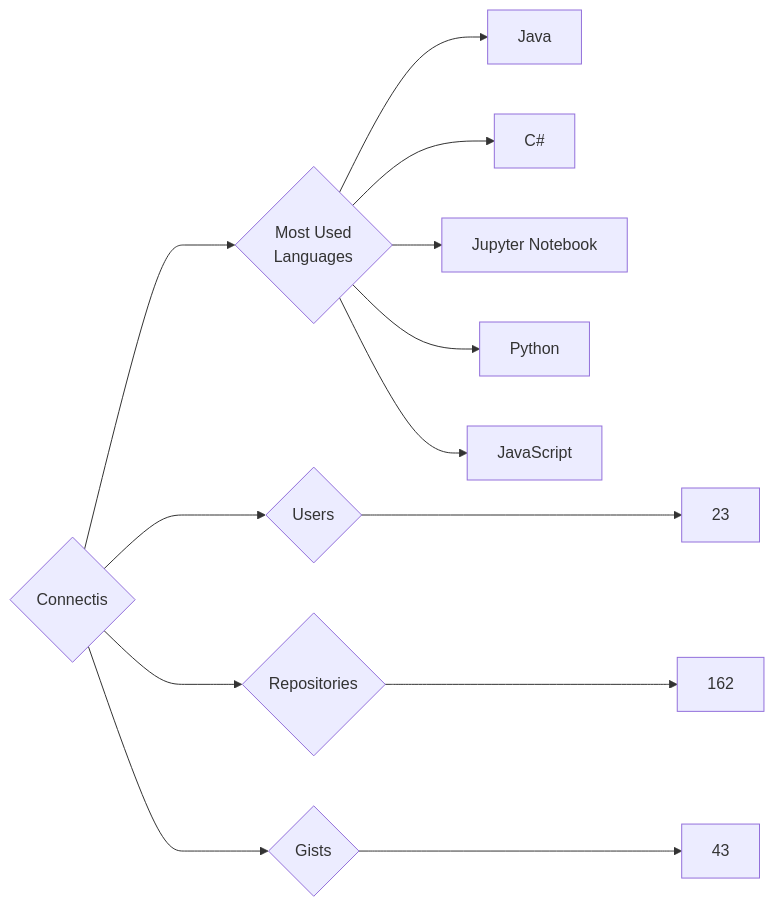
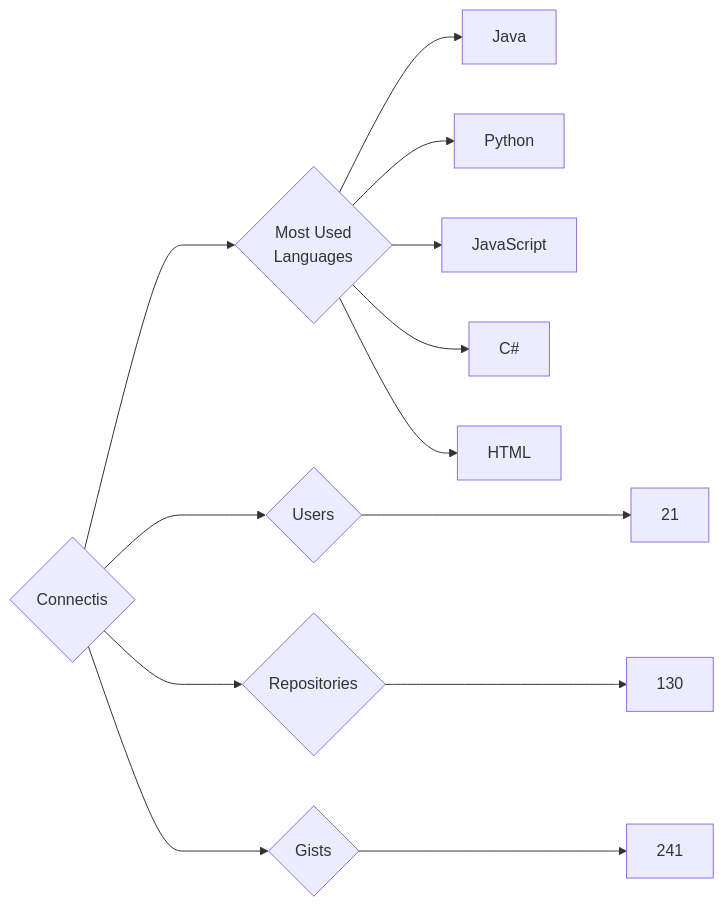
The diagram in targets/Connectis/README.md (trickest/insiders), drawn with Mermaid before and after one commit. The commit also changed 610 other files, not shown here.

````diff
--- a/targets/Connectis/README.md
+++ b/targets/Connectis/README.md
@@ -3,13 +3,13 @@
 ```mermaid
 graph LR
 COMPANY_NAME{Connectis}
-COMPANY_NAME ---> U{Users} ---> UN[23]
-COMPANY_NAME ---> R{Repositories} ---> RN[162]
-COMPANY_NAME ---> G{Gists} ---> GN[43]
+COMPANY_NAME ---> U{Users} ---> UN[21]
+COMPANY_NAME ---> R{Repositories} ---> RN[130]
+COMPANY_NAME ---> G{Gists} ---> GN[241]
 COMPANY_NAME ---> ML{Most Used<br>Languages}
 ML --> Java[Java]
-ML --> C#[C#]
-ML --> Jupyter_Notebook[Jupyter Notebook]
 ML --> Python[Python]
 ML --> JavaScript[JavaScript]
+ML --> C#[C#]
+ML --> HTML[HTML]
 ```
````
